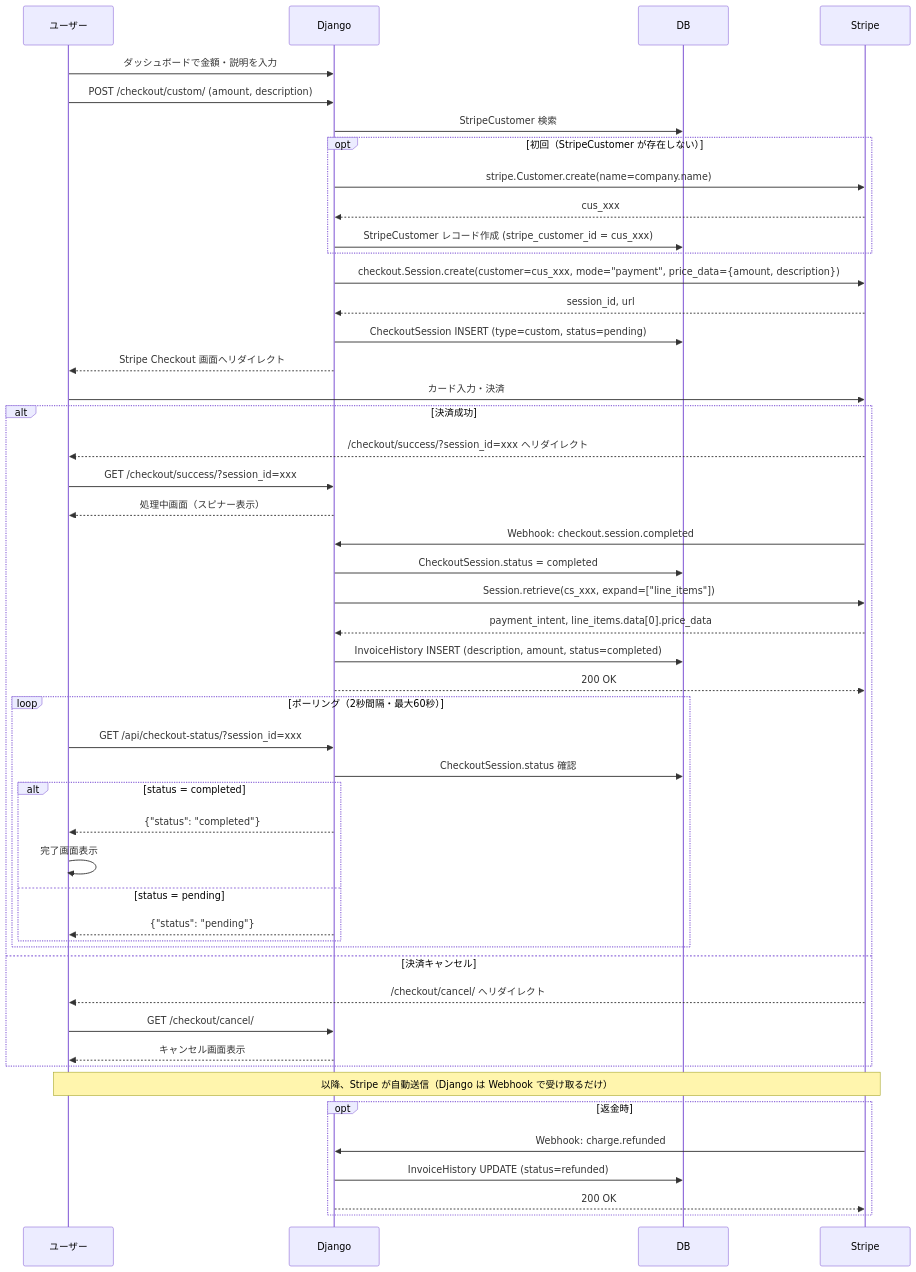
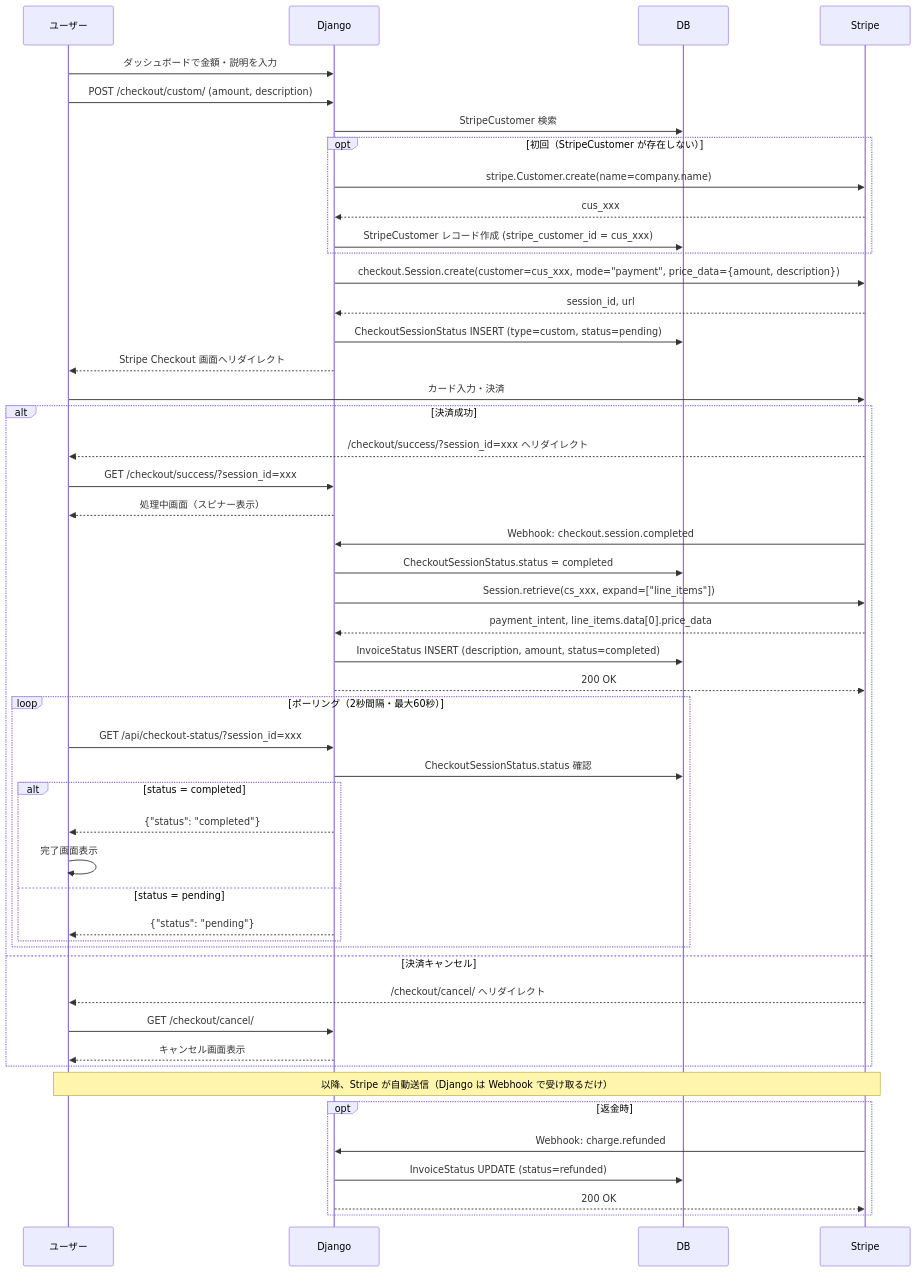
The third of 4 diagrams in docs/sequence-diagram.md (suzuki-tomok/payment-core), drawn with Mermaid before and after one commit. The commit also changed other lines of this file and 25 other files, not shown here.

````diff
--- a/docs/sequence-diagram.md
+++ b/docs/sequence-diagram.md
@@ -148,62 +148,62 @@
 ```mermaid
 sequenceDiagram
     participant U as ユーザー
     participant D as Django
     participant DB as DB
     participant S as Stripe
 
     U->>D: ダッシュボードで金額・説明を入力
     U->>D: POST /checkout/custom/ (amount, description)
 
     D->>DB: StripeCustomer 検索
 
     opt 初回（StripeCustomer が存在しない）
         D->>S: stripe.Customer.create(name=company.name)
         S-->>D: cus_xxx
         D->>DB: StripeCustomer レコード作成 (stripe_customer_id = cus_xxx)
     end
 
     D->>S: checkout.Session.create(customer=cus_xxx, mode="payment", price_data={amount, description})
     S-->>D: session_id, url
-    D->>DB: CheckoutSession INSERT (type=custom, status=pending)
+    D->>DB: CheckoutSessionStatus INSERT (type=custom, status=pending)
     D-->>U: Stripe Checkout 画面へリダイレクト
 
     U->>S: カード入力・決済
 
     alt 決済成功
         S-->>U: /checkout/success/?session_id=xxx へリダイレクト
         U->>D: GET /checkout/success/?session_id=xxx
         D-->>U: 処理中画面（スピナー表示）
 
         S->>D: Webhook: checkout.session.completed
-        D->>DB: CheckoutSession.status = completed
+        D->>DB: CheckoutSessionStatus.status = completed
         D->>S: Session.retrieve(cs_xxx, expand=["line_items"])
         S-->>D: payment_intent, line_items.data[0].price_data
-        D->>DB: InvoiceHistory INSERT (description, amount, status=completed)
+        D->>DB: InvoiceStatus INSERT (description, amount, status=completed)
         D-->>S: 200 OK
 
         loop ポーリング（2秒間隔・最大60秒）
             U->>D: GET /api/checkout-status/?session_id=xxx
-            D->>DB: CheckoutSession.status 確認
+            D->>DB: CheckoutSessionStatus.status 確認
             alt status = completed
                 D-->>U: {"status": "completed"}
                 U->>U: 完了画面表示
             else status = pending
                 D-->>U: {"status": "pending"}
             end
         end
 
     else 決済キャンセル
         S-->>U: /checkout/cancel/ へリダイレクト
         U->>D: GET /checkout/cancel/
         D-->>U: キャンセル画面表示
     end
 
     Note over U,S: 以降、Stripe が自動送信（Django は Webhook で受け取るだけ）
 
     opt 返金時
         S->>D: Webhook: charge.refunded
-        D->>DB: InvoiceHistory UPDATE (status=refunded)
+        D->>DB: InvoiceStatus UPDATE (status=refunded)
         D-->>S: 200 OK
     end
 ```
````
